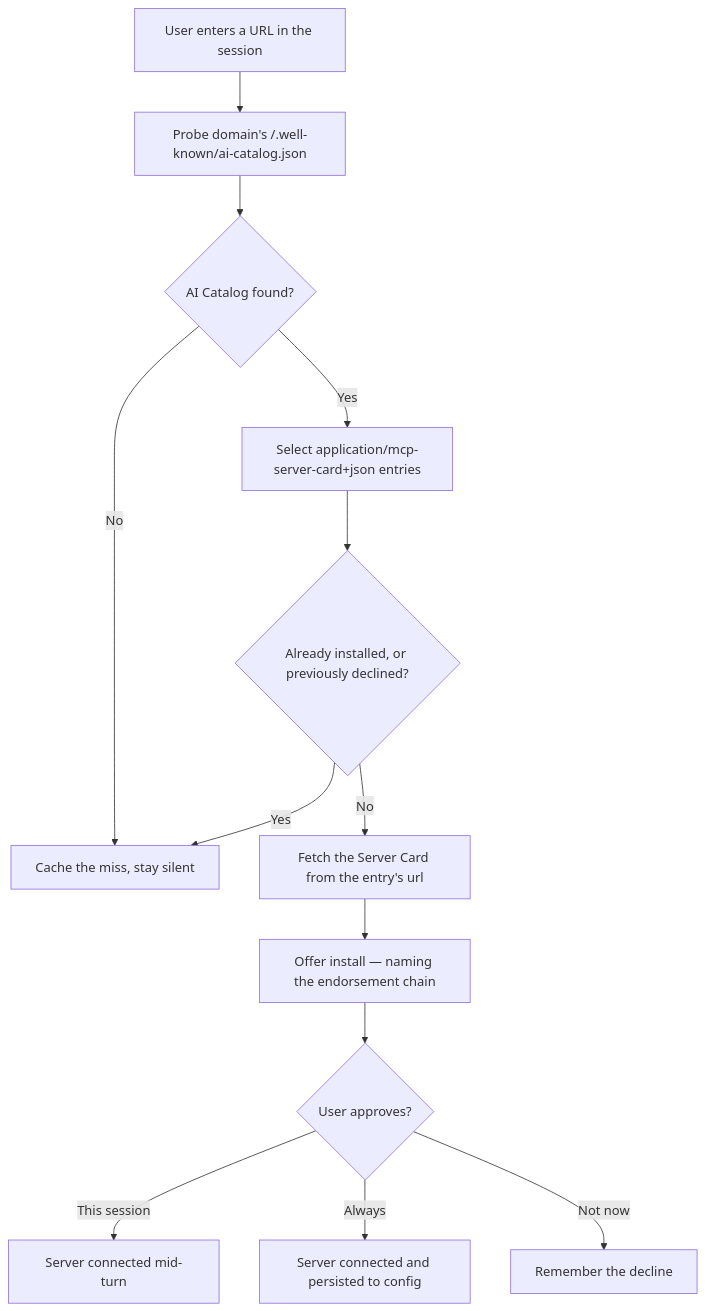
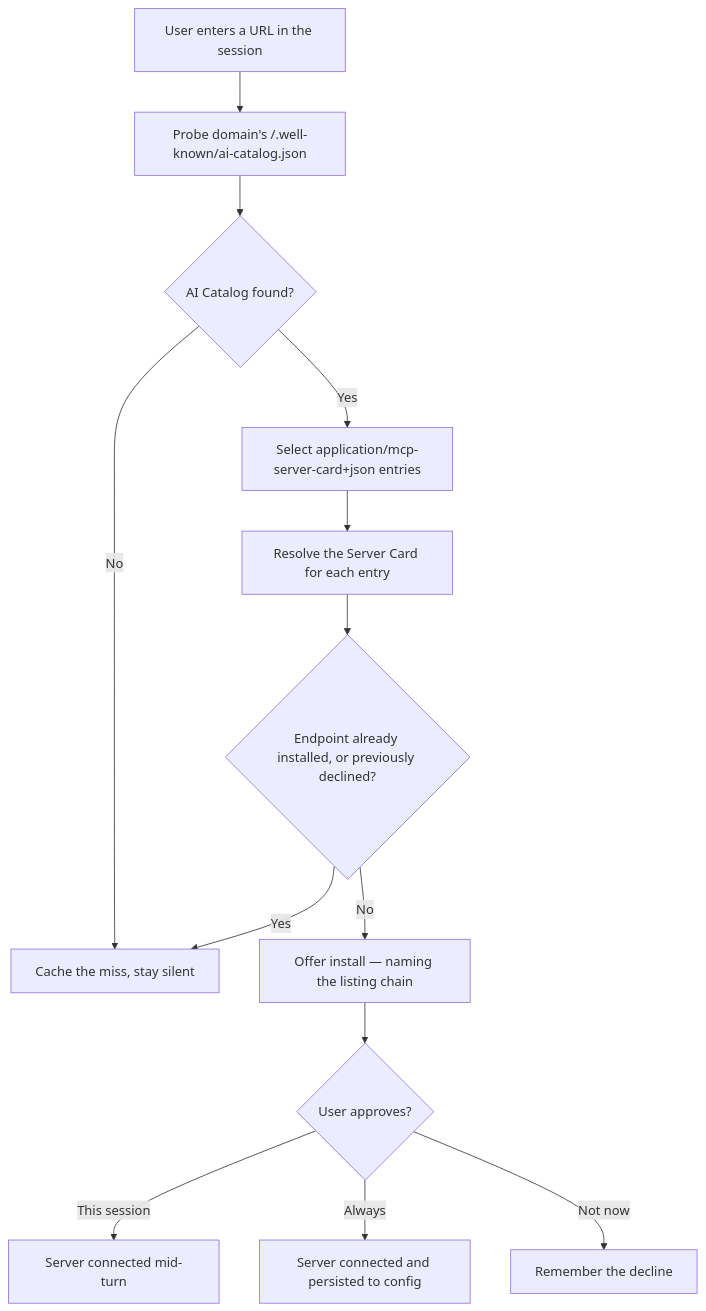
The first of 2 diagrams in docs/best-practices.md (modelcontextprotocol/experimental-ext-server-card), drawn with Mermaid before and after one commit. The commit also changed other lines of this file, not shown here.

First line of the commit message:
docs: correct factual errors, add SSRF bounds, drop endorsement framing

````diff
--- a/docs/best-practices.md
+++ b/docs/best-practices.md
@@ -112,15 +113,15 @@
 ```mermaid
 flowchart TD
     A[User enters a URL in the session] --> B[Probe domain's /.well-known/ai-catalog.json]
     B --> C{AI Catalog found?}
     C -->|No| D[Cache the miss, stay silent]
     C -->|Yes| E[Select application/mcp-server-card+json entries]
-    E --> F{Already installed, or previously declined?}
+    E --> G[Resolve the Server Card for each entry]
+    G --> F{Endpoint already installed, or previously declined?}
     F -->|Yes| D
-    F -->|No| G[Fetch the Server Card from the entry's url]
-    G --> H["Offer install — naming the endorsement chain"]
+    F -->|No| H["Offer install — naming the listing chain"]
     H --> I{User approves?}
     I -->|This session| J[Server connected mid-turn]
     I -->|Always| K[Server connected and persisted to config]
     I -->|Not now| L[Remember the decline]
 ```
````
